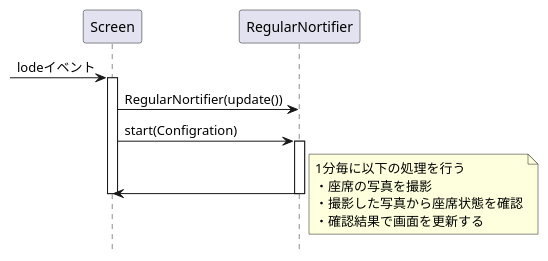
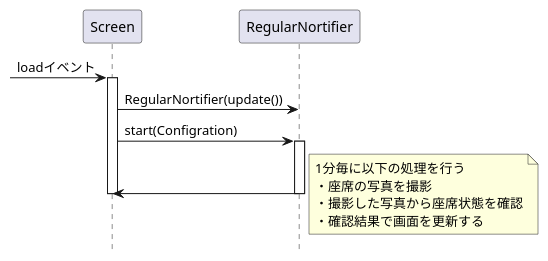
The diagram in doc/詳細設計/詳細設計書/構成図/座席状態確認シーケンス図.pu (KeisukeSugita/Seat-monitoring-system), drawn with PlantUML before and after one commit. The commit also changed 2 other files, not shown here.

```diff
--- a/doc/詳細設計/詳細設計書/構成図/座席状態確認シーケンス図.pu
+++ b/doc/詳細設計/詳細設計書/構成図/座席状態確認シーケンス図.pu
@@ -1,23 +1,23 @@
-@startuml 画面処理シーケンス図
+@startuml 座席状態確認シーケンス図
 hide footbox
 
 participant "Screen" as Screen
 participant "RegularNortifier" as RegularNortifier
 
--> Screen :lodeイベント
+-> Screen :loadイベント
 activate Screen
 Screen -> RegularNortifier :RegularNortifier(update())
 
 Screen -> RegularNortifier :start(Configration)
 activate RegularNortifier
 Screen <- RegularNortifier
 deactivate RegularNortifier
 deactivate Screen
 note right
 	1分毎に以下の処理を行う
 	・座席の写真を撮影
 	・撮影した写真から座席状態を確認
 	・確認結果で画面を更新する
 end note
 
 @enduml
```
